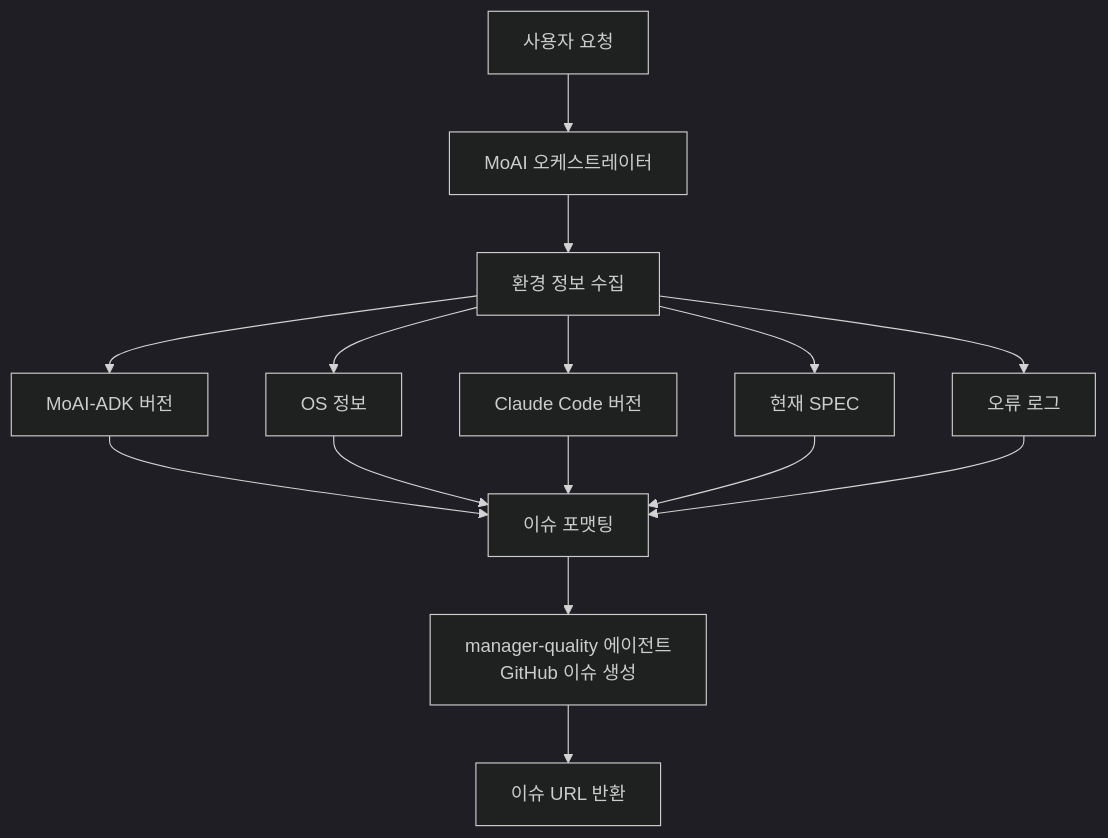
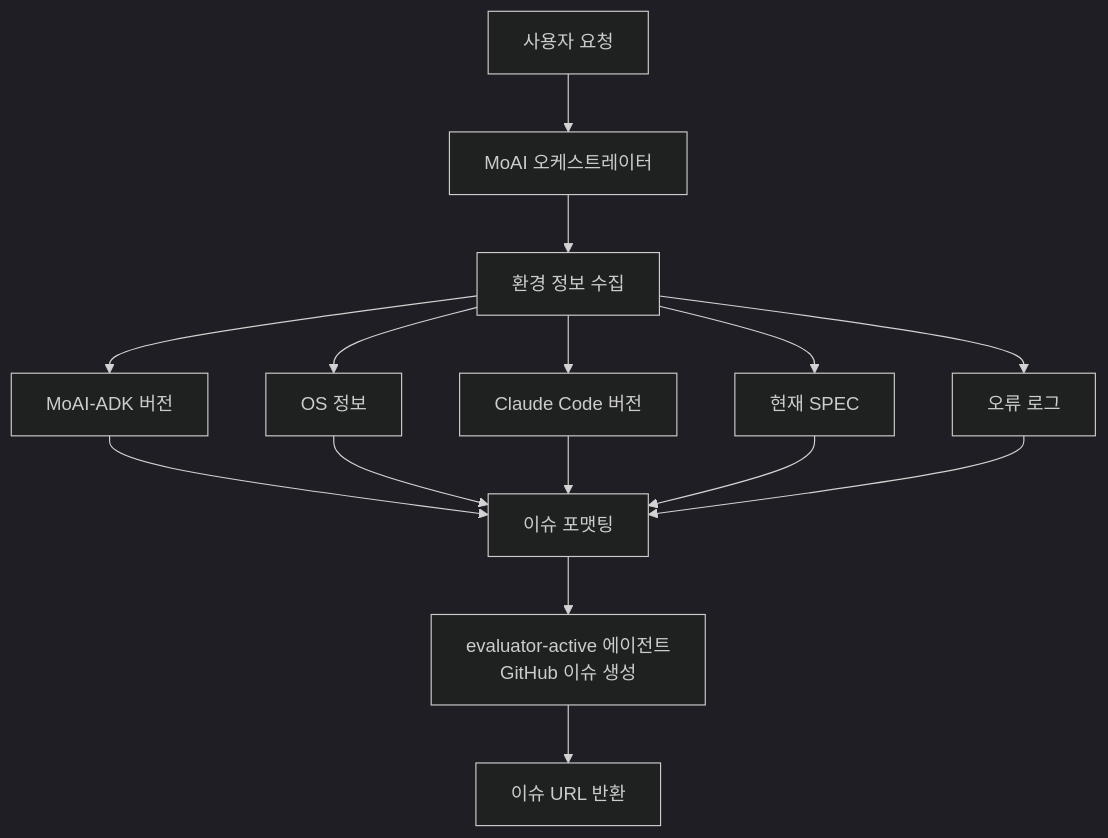
Before and after one commit to modu-ai/moai-adk: the second of 2 diagrams in docs-site/content/ko/utility-commands/moai-feedback.md, drawn with Mermaid (dark theme). The commit also changed other lines of this file and 153 other files, not shown here.

````diff
--- a/docs-site/content/ko/utility-commands/moai-feedback.md
+++ b/docs-site/content/ko/utility-commands/moai-feedback.md
@@ -125,20 +125,20 @@
 ```mermaid
 flowchart TD
     User["사용자 요청"] --> Orchestrator["MoAI 오케스트레이터"]
     Orchestrator --> Collect["환경 정보 수집"]
 
     Collect --> Info1["MoAI-ADK 버전"]
     Collect --> Info2["OS 정보"]
     Collect --> Info3["Claude Code 버전"]
     Collect --> Info4["현재 SPEC"]
     Collect --> Info5["오류 로그"]
 
     Info1 --> Format["이슈 포맷팅"]
     Info2 --> Format
     Info3 --> Format
     Info4 --> Format
     Info5 --> Format
 
-    Format --> GitHub["manager-quality 에이전트<br/>GitHub 이슈 생성"]
+    Format --> GitHub["evaluator-active 에이전트<br/>GitHub 이슈 생성"]
     GitHub --> Complete["이슈 URL 반환"]
 ```
````
